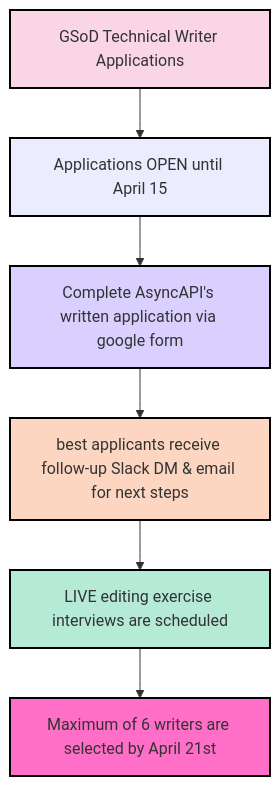
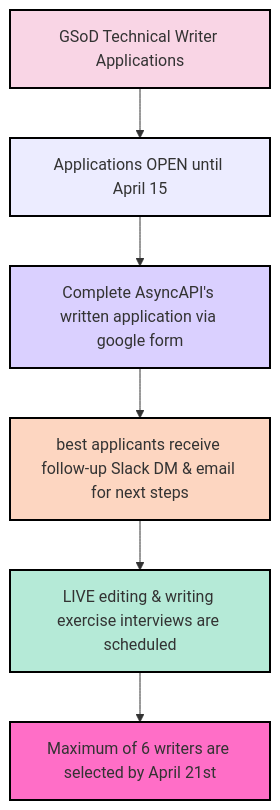
Before and after one commit to asyncapi/website: the third of 4 diagrams in pages/blog/2023-Q1-docs-report.md, drawn with Mermaid. The commit also changed other lines of this file, not shown here.

````diff
--- a/pages/blog/2023-Q1-docs-report.md
+++ b/pages/blog/2023-Q1-docs-report.md
@@ -92,14 +93,14 @@
 ```mermaid
 graph TD
 style A fill:#F9D5E5,stroke:#000000,stroke-width:2px;
 style B fill:#T3EFB8,stroke:#000000,stroke-width:2px;
 style C fill:#DAD0FF,stroke:#000000,stroke-width:2px;
 style D fill:#FDD6C1,stroke:#000000,stroke-width:2px;
 style E fill:#B5EAD7,stroke:#000000,stroke-width:2px;
 style F fill:#FF6EC7,stroke:#000000,stroke-width:2px;
 A[GSoD Technical Writer Applications]--> B[Applications OPEN until April 15]
 B--> C[Complete AsyncAPI's written application via google form]
 C--> D[best applicants receive follow-up Slack DM & email for next steps]
-D--> E[LIVE editing exercise interviews are scheduled]
+D--> E[LIVE editing & writing exercise interviews are scheduled]
 E--> F[Maximum of 6 writers are selected by April 21st]
 ```
````
